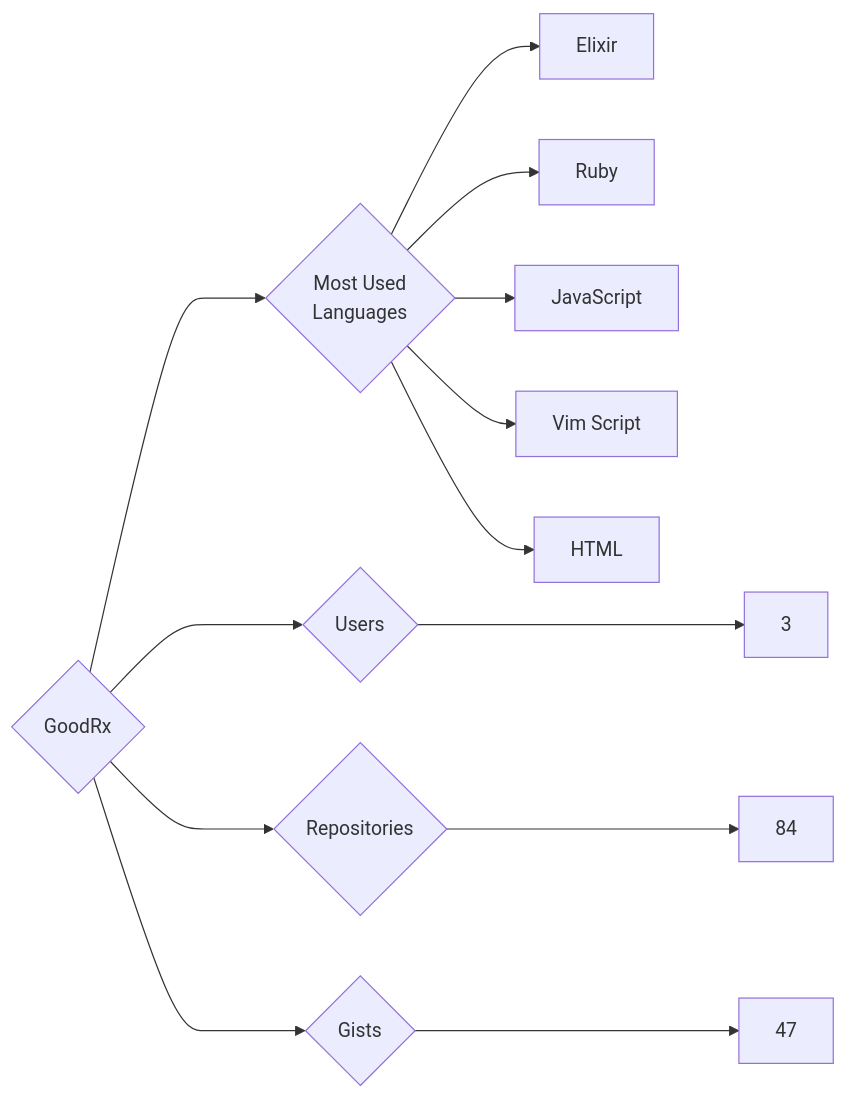
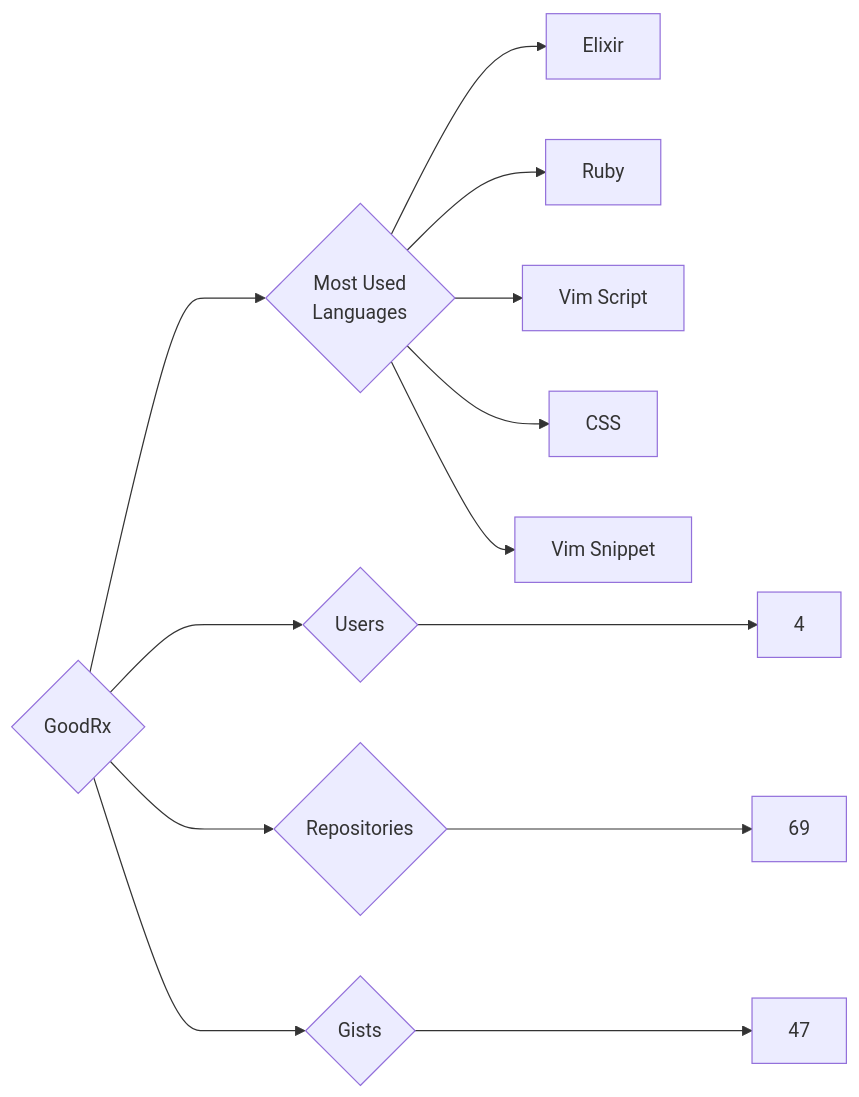
The diagram in targets/GoodRx/README.md (trickest/insiders), drawn with Mermaid before and after one commit. The commit also changed 1007 other files, not shown here.

````diff
--- a/targets/GoodRx/README.md
+++ b/targets/GoodRx/README.md
@@ -3,13 +3,13 @@
 ```mermaid
 graph LR
 COMPANY_NAME{GoodRx}
-COMPANY_NAME ---> U{Users} ---> UN[3]
-COMPANY_NAME ---> R{Repositories} ---> RN[84]
+COMPANY_NAME ---> U{Users} ---> UN[4]
+COMPANY_NAME ---> R{Repositories} ---> RN[69]
 COMPANY_NAME ---> G{Gists} ---> GN[47]
 COMPANY_NAME ---> ML{Most Used<br>Languages}
 ML --> Elixir[Elixir]
 ML --> Ruby[Ruby]
-ML --> JavaScript[JavaScript]
 ML --> Vim_Script[Vim Script]
-ML --> HTML[HTML]
+ML --> CSS[CSS]
+ML --> Vim_Snippet[Vim Snippet]
 ```
````
